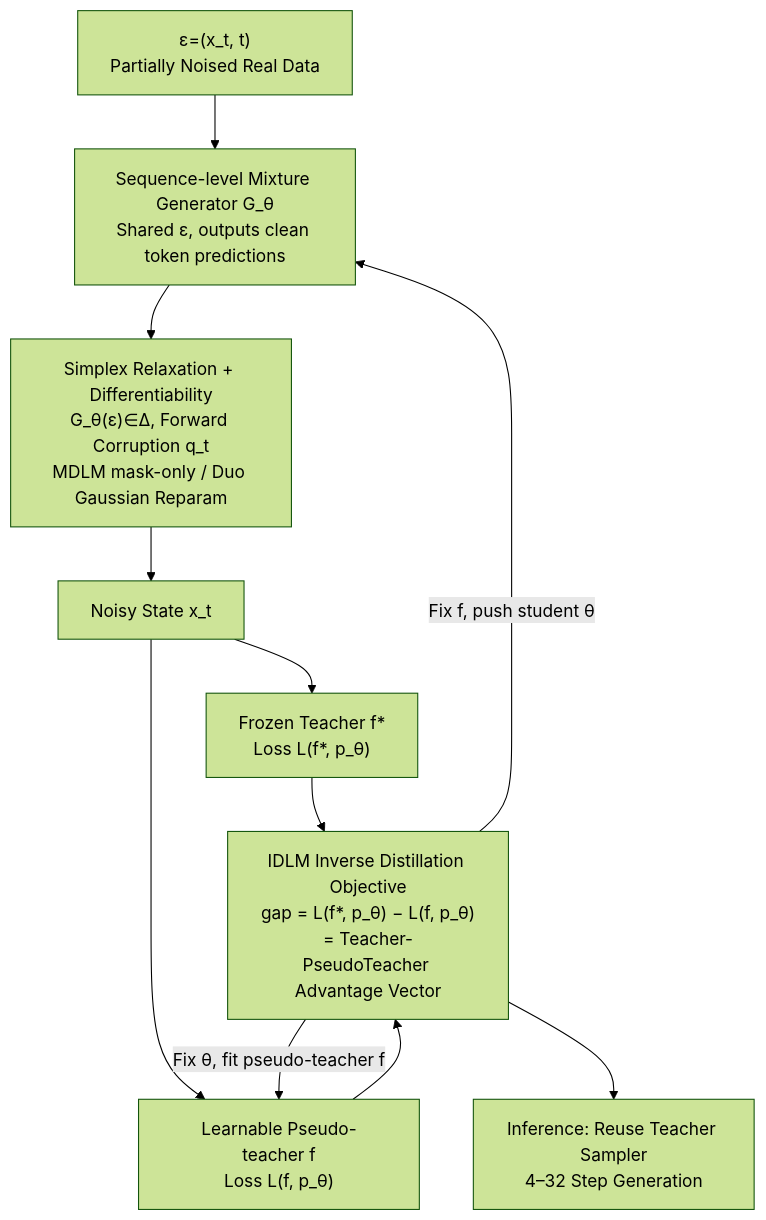
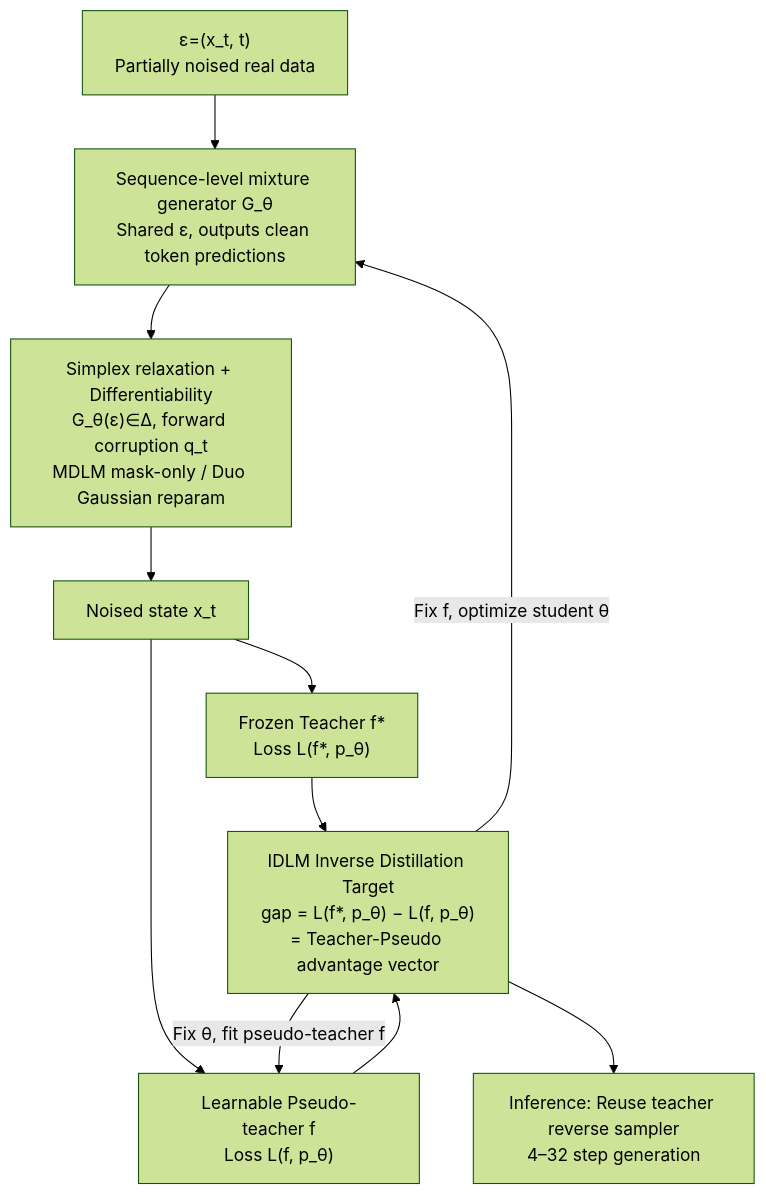
One commit to zhaoyang97/Paper-Notes-en changed the diagram in docs/ICML2026/model_compression/idlm_inverse-distilled_diffusion_language_models.md. Above: the diagram before and after it, drawn with Mermaid (forest theme). The commit also changed other lines of this file and 5084 other files, not shown here.

````diff
--- a/docs/ICML2026/model_compression/idlm_inverse-distilled_diffusion_language_models.md
+++ b/docs/ICML2026/model_compression/idlm_inverse-distilled_diffusion_language_models.md
@@ -43,13 +43,13 @@
 ```mermaid
 graph TD
-    A["ε=(x_t, t)<br/>Partially Noised Real Data"] --> B["Sequence-level Mixture Generator G_θ<br/>Shared ε, outputs clean token predictions"]
-    B --> C["Simplex Relaxation + Differentiability<br/>G_θ(ε)∈Δ, Forward Corruption q_t<br/>MDLM mask-only / Duo Gaussian Reparam"]
-    C --> D["Noisy State x_t"]
+    A["ε=(x_t, t)<br/>Partially noised real data"] --> B["Sequence-level mixture generator G_θ<br/>Shared ε, outputs clean token predictions"]
+    B --> C["Simplex relaxation + Differentiability<br/>G_θ(ε)∈Δ, forward corruption q_t<br/>MDLM mask-only / Duo Gaussian reparam"]
+    C --> D["Noised state x_t"]
     D --> E["Frozen Teacher f*<br/>Loss L(f*, p_θ)"]
     D --> F["Learnable Pseudo-teacher f<br/>Loss L(f, p_θ)"]
-    E --> G["IDLM Inverse Distillation Objective<br/>gap = L(f*, p_θ) − L(f, p_θ)<br/>= Teacher-PseudoTeacher Advantage Vector"]
+    E --> G["IDLM Inverse Distillation Target<br/>gap = L(f*, p_θ) − L(f, p_θ)<br/>= Teacher-Pseudo advantage vector"]
     F --> G
     G -->|"Fix θ, fit pseudo-teacher f"| F
-    G -->|"Fix f, push student θ"| B
-    G --> H["Inference: Reuse Teacher Sampler<br/>4–32 Step Generation"]
+    G -->|"Fix f, optimize student θ"| B
+    G --> H["Inference: Reuse teacher reverse sampler<br/>4–32 step generation"]
 ```
````
